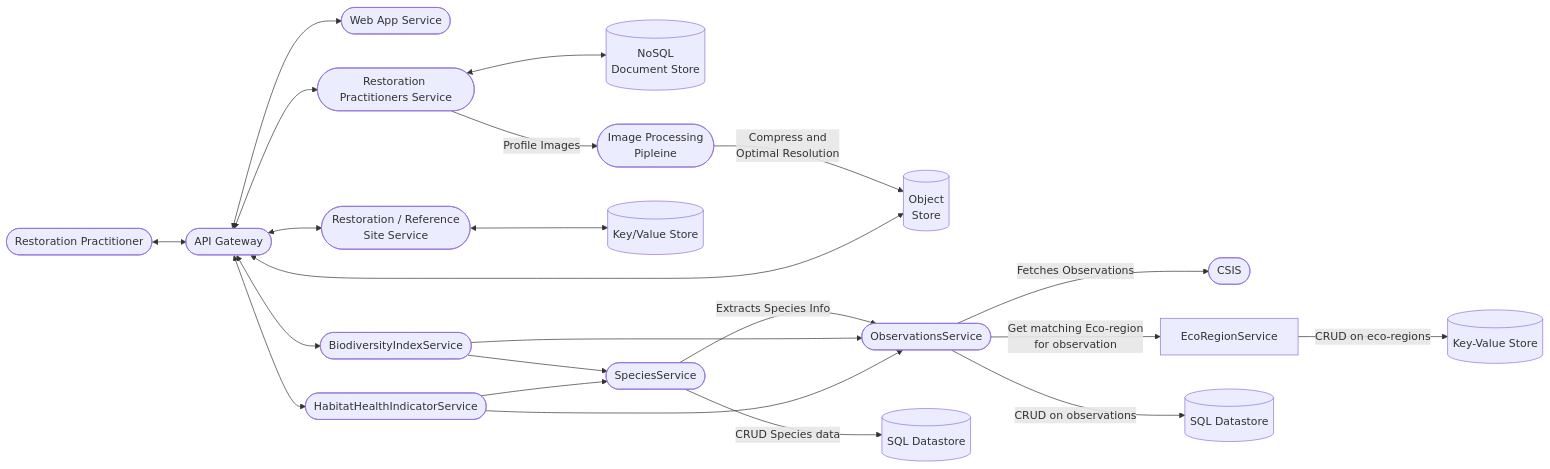
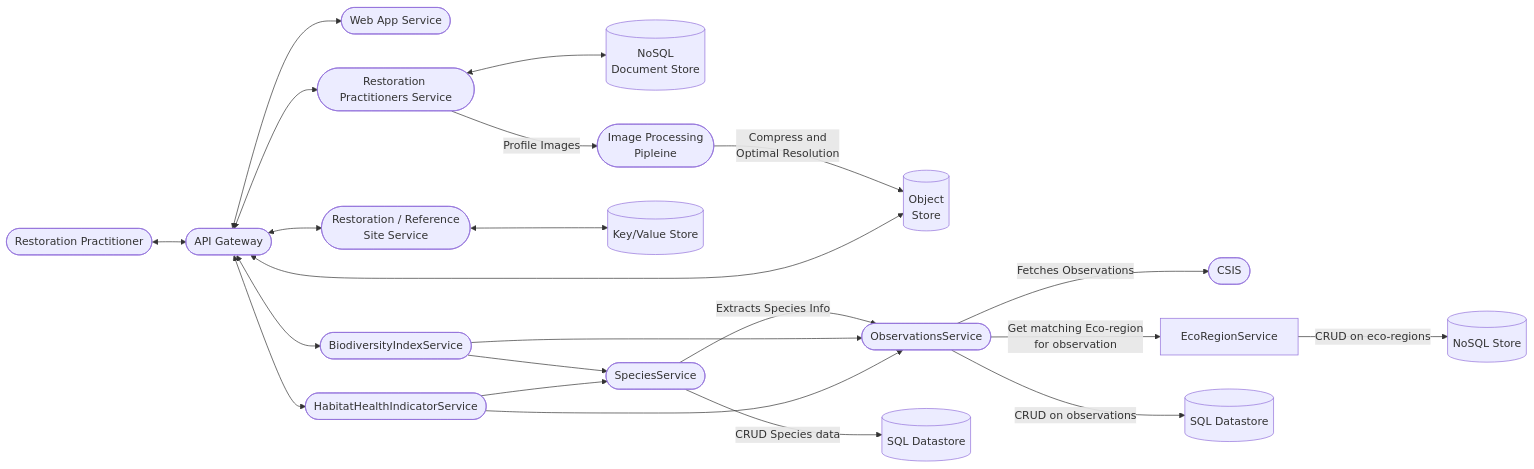
Before and after one commit to maulikdave-fh/bdi: the fourth of 4 diagrams in README.md, drawn with Mermaid.

````diff
--- a/README.md
+++ b/README.md
@@ -126,24 +126,24 @@
 ```mermaid
     flowchart LR
         RP([Restoration Practitioner]) <--> APIGateway([API Gateway])
         APIGateway <--> WebApp([Web App Service])
         APIGateway <--> RPS([Restoration Practitioners Service])
         RPS <--> RPSSQL[(NoSQL<br/> Document Store)]
         RPS --> |Profile Images| IPP([Image Processing<br/>Pipleine])
         IPP --> |Compress and <br/>Optimal Resolution| ObjStore[(Object <br/>Store)]
         APIGateway <--> Site([Restoration / Reference<br/> Site Service])
         Site <--> RSSSQL[(Key/Value Store)]
         APIGateway <--> ObjStore
         APIGateway <--> BDS([BiodiversityIndexService])
         APIGateway <--> HHIS([HabitatHealthIndicatorService])
         Obs([ObservationsService]) --> |Fetches Observations| CSIS([CSIS])
         Obs --> |Get matching Eco-region<br/>for observation| EcoRegionService
-        EcoRegionService --> |CRUD on eco-regions| EcoRSQL[(Key-Value Store)]
+        EcoRegionService --> |CRUD on eco-regions| EcoRSQL[(NoSQL Store)]
         Obs --> |CRUD on observations| ObsSQL[(SQL Datastore)] 
         Sps([SpeciesService]) --> |Extracts Species Info| Obs
         Sps --> |CRUD Species data| SpsStore[(SQL Datastore)]
         BDS --> Sps
         BDS --> Obs
         HHIS --> Sps
         HHIS --> Obs            
 ```
````
